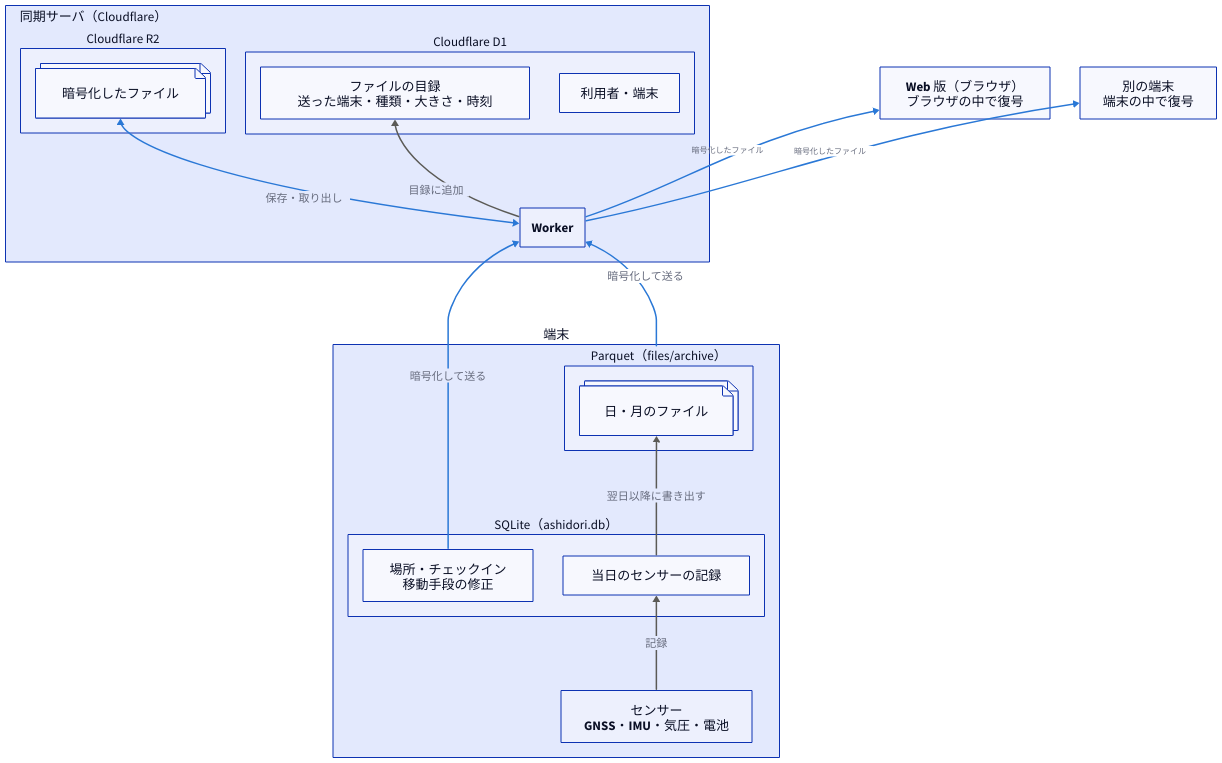
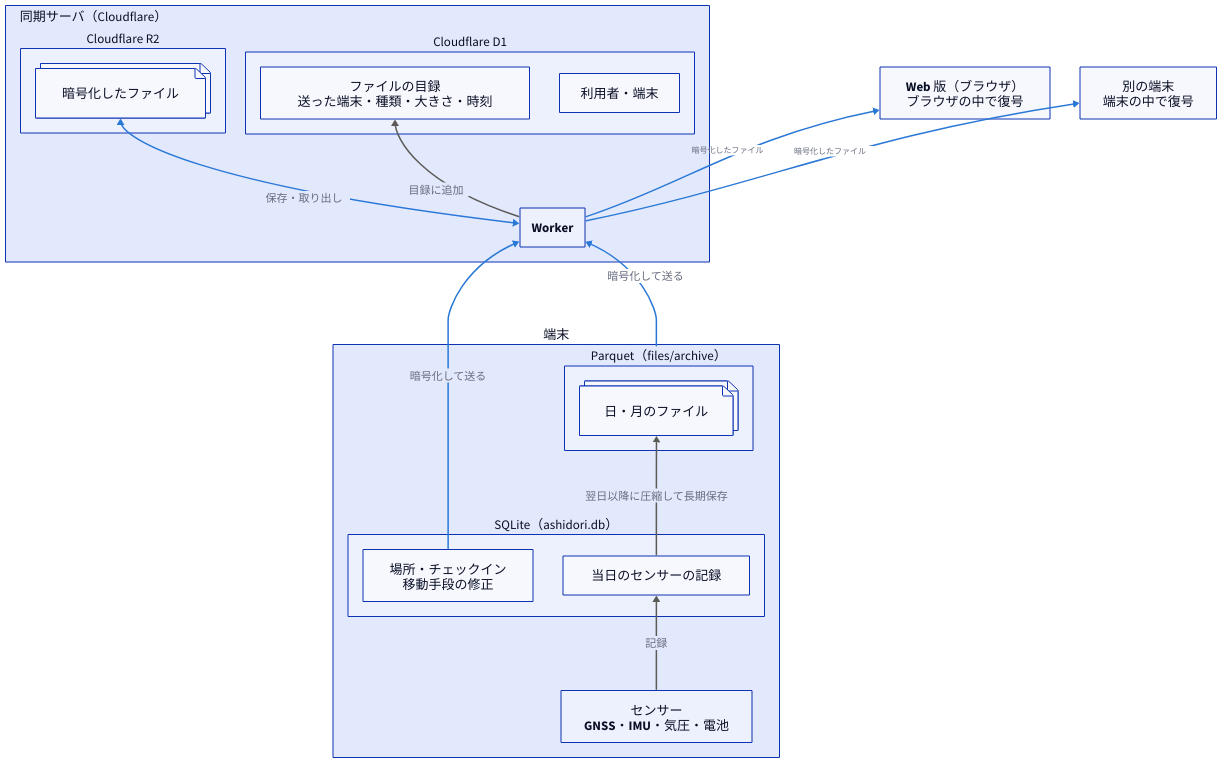
The diagram in docs/diagrams/data-flow.d2 (sksat/ashidori), drawn with D2 before and after one commit. The commit also changed 2 other files, not shown here.

Commit message:
README diagram: why the day goes to Parquet (compressed, kept long)
Claude-Session: https://claude.ai/code/session_017t1ggPhSxMpk4m7mc72YJC

```diff
--- a/docs/diagrams/data-flow.d2
+++ b/docs/diagrams/data-flow.d2
@@ -1,59 +1,59 @@
 # データフロー（README）
 # 端末は記録を暗号化したファイルにして送り、同期サーバは暗号化したファイルと
 # その目録だけを持つ。復号できるのは利用者の端末とペアリングしたブラウザだけ。
 direction: up
 
 *.style.font-size: 26
 *.*.style.font-size: 26
 *.*.*.style.font-size: 26
 (** -> **)[*].style.font-size: 22
 (** <-> **)[*].style.font-size: 22
 
 # Every arrow points the way the data moves: written on the device, or sent
 # encrypted over the network.
 classes: {
   local: {style: {stroke: "#5b5a56"; stroke-width: 3}}
   encrypted: {style: {stroke: "#2a78d6"; stroke-width: 3}}
 }
 
 phone: 端末 {
   sensors: "センサー\nGNSS・IMU・気圧・電池"
 
   # One database (ashidori.db); its tables are rectangles.
   sqlite: "SQLite（ashidori.db）" {
     today: 当日のセンサーの記録
     edits: "場所・チェックイン\n移動手段の修正"
   }
 
   parquet: "Parquet（files/archive）" {
     files: 日・月のファイル {shape: page; style.multiple: true}
   }
 
   sensors -> sqlite.today: 記録 {class: local}
-  sqlite.today -> parquet.files: 翌日以降に書き出す {class: local}
+  sqlite.today -> parquet.files: 翌日以降に圧縮して長期保存 {class: local}
 }
 
 cf: 同期サーバ（Cloudflare） {
   label.near: top-left
   worker: Worker
 
   r2: Cloudflare R2 {
     batches: 暗号化したファイル {shape: page; style.multiple: true}
   }
 
   d1: Cloudflare D1 {
     index: "ファイルの目録\n送った端末・種類・大きさ・時刻"
     accounts: "利用者・端末"
   }
 
   worker <-> r2.batches: 保存・取り出し {class: encrypted}
   worker -> d1.index: 目録に追加 {class: local}
 }
 
 web: "Web 版（ブラウザ）\nブラウザの中で復号"
 other: "別の端末\n端末の中で復号"
 
 phone.sqlite.edits -> cf.worker: 暗号化して送る {class: encrypted}
 phone.parquet -> cf.worker: 暗号化して送る {class: encrypted}
 web <- cf.worker: 暗号化したファイル {class: encrypted}
 other <- cf.worker: 暗号化したファイル {class: encrypted}
```
